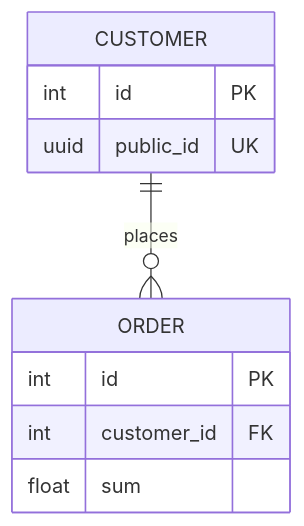
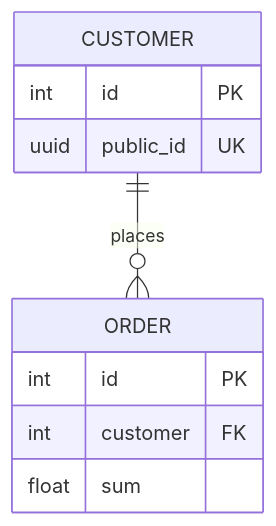
One commit to skema-lang/skema-lang changed the diagram in docs/src/07-relationships.md. Above: the diagram before and after it, drawn with Mermaid. The commit also changed other lines of this file and 49 other files, not shown here.

````diff
--- a/docs/src/07-relationships.md
+++ b/docs/src/07-relationships.md
@@ -84,13 +84,13 @@
 ```mermaid
 erDiagram
     CUSTOMER ||--o{ ORDER : places
     CUSTOMER {
         int id PK
         uuid public_id UK
     }
     ORDER {
         int id PK
-        int customer_id FK
+        int customer FK
         float sum
     }
 ```
````
